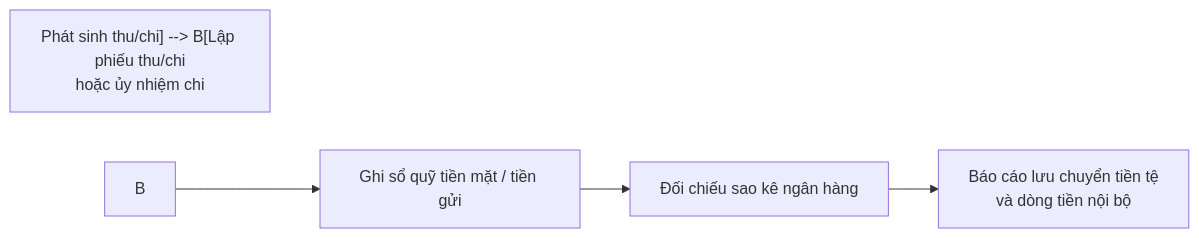
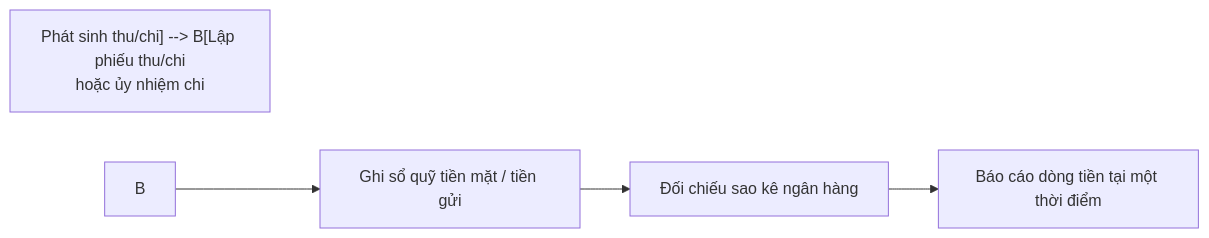
One commit to anhttmle/CAIO changed the seventh of 14 diagrams in OrgAgent/accounting.md. Above: the diagram before and after it, drawn with Mermaid. The commit also changed other lines of this file, not shown here.

````diff
--- a/OrgAgent/accounting.md
+++ b/OrgAgent/accounting.md
@@ -158,7 +158,7 @@
 ```mermaid
 flowchart LR
     A["Phát sinh thu/chi] --> B[Lập phiếu thu/chi\nhoặc ủy nhiệm chi"]
     B --> C["Ghi sổ quỹ tiền mặt / tiền gửi"]
     C --> D["Đối chiếu sao kê ngân hàng"]
-    D --> E["Báo cáo lưu chuyển tiền tệ\nvà dòng tiền nội bộ"]
+    D --> E["Báo cáo dòng tiền tại một thời điểm"]
 ```
````
